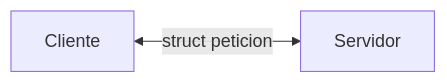
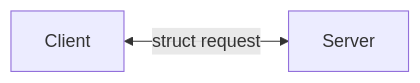
One commit to acaldero/uc3m_ds changed the second of 2 diagrams in materials/topic-messagepassing/ssdd_pq.md. Above: the diagram before and after it, drawn with Mermaid. The commit also changed other lines of this file, not shown here.

````diff
--- a/materials/topic-messagepassing/ssdd_pq.md
+++ b/materials/topic-messagepassing/ssdd_pq.md
@@ -469,4 +472,4 @@
-   ```mermaid
-   flowchart LR
-       Cliente <--struct peticion--> Servidor
-   ```
+  ```mermaid
+  flowchart LR
+  Client <--struct request--> Server
+  ```
````
